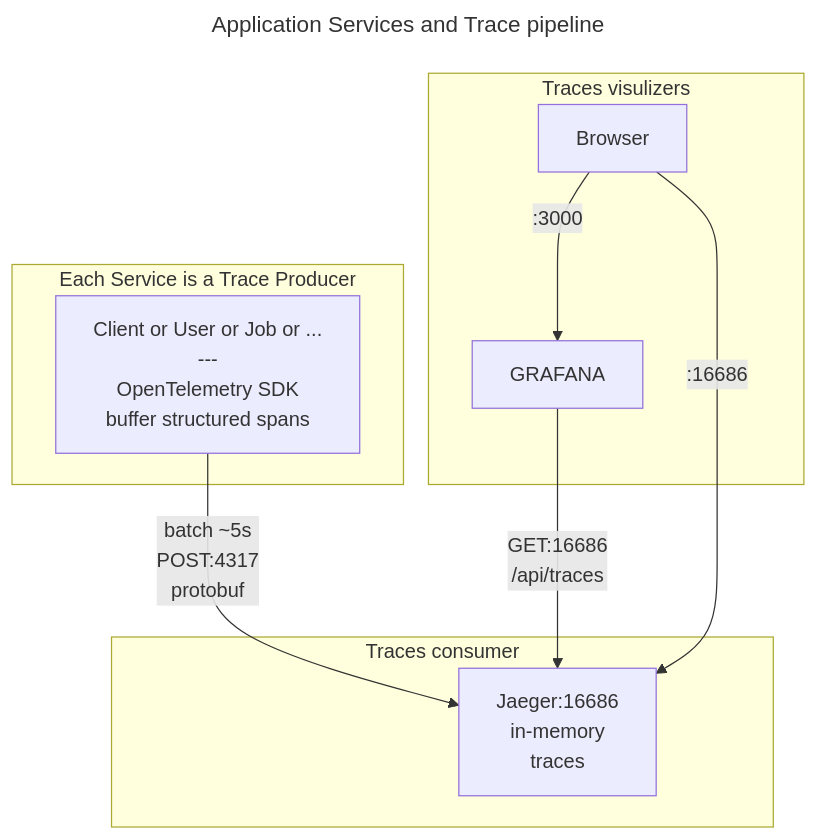
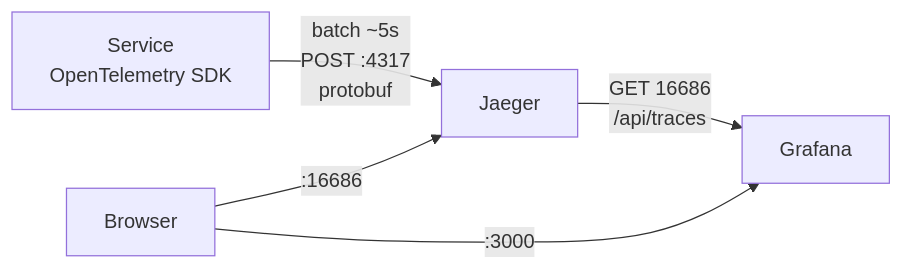
The sixth of 8 diagrams in README.md (dwyl/learn-elixir-microservices-with-natsio-and-opentelemetry), drawn with Mermaid before and after one commit. The commit also changed other lines of this file and 93 other files, not shown here.

````diff
--- a/README.md
+++ b/README.md
@@ -1013,25 +1409,7 @@
 ```mermaid
----
-title: Application Services and Trace pipeline
---- 
-
-flowchart TD
-    subgraph Traces[Each Service is a Trace Producer]
-        UE[Client or User or Job or ...<br> --- <br> OpenTelemetry SDK<br>buffer structured spans]
-    end
-
-    subgraph Cons[Traces consumer]
-        J[Jaeger:16686<br>in-memory<br>traces]
-    end
-
-    subgraph Viz[Traces visulizers]
-        G[Grafana:3000]
-        UI[Browser]
-    end
-
-    UE -->|batch ~5s<br>POST:4317<br> protobuf|J
-
-    G[GRAFANA<br>] -->|GET:16686<br>/api/traces|J
-    UI-->|:3000| G
-    UI-->|:16686|J
+flowchart LR
+    Service[Service<br>OpenTelemetry SDK] -->|batch ~5s<br>POST :4317<br>protobuf| Jaeger
+    Jaeger -->|GET 16686<br>/api/traces| Grafana
+    Browser -->|:16686| Jaeger
+    Browser -->|:3000| Grafana
 ```
````
